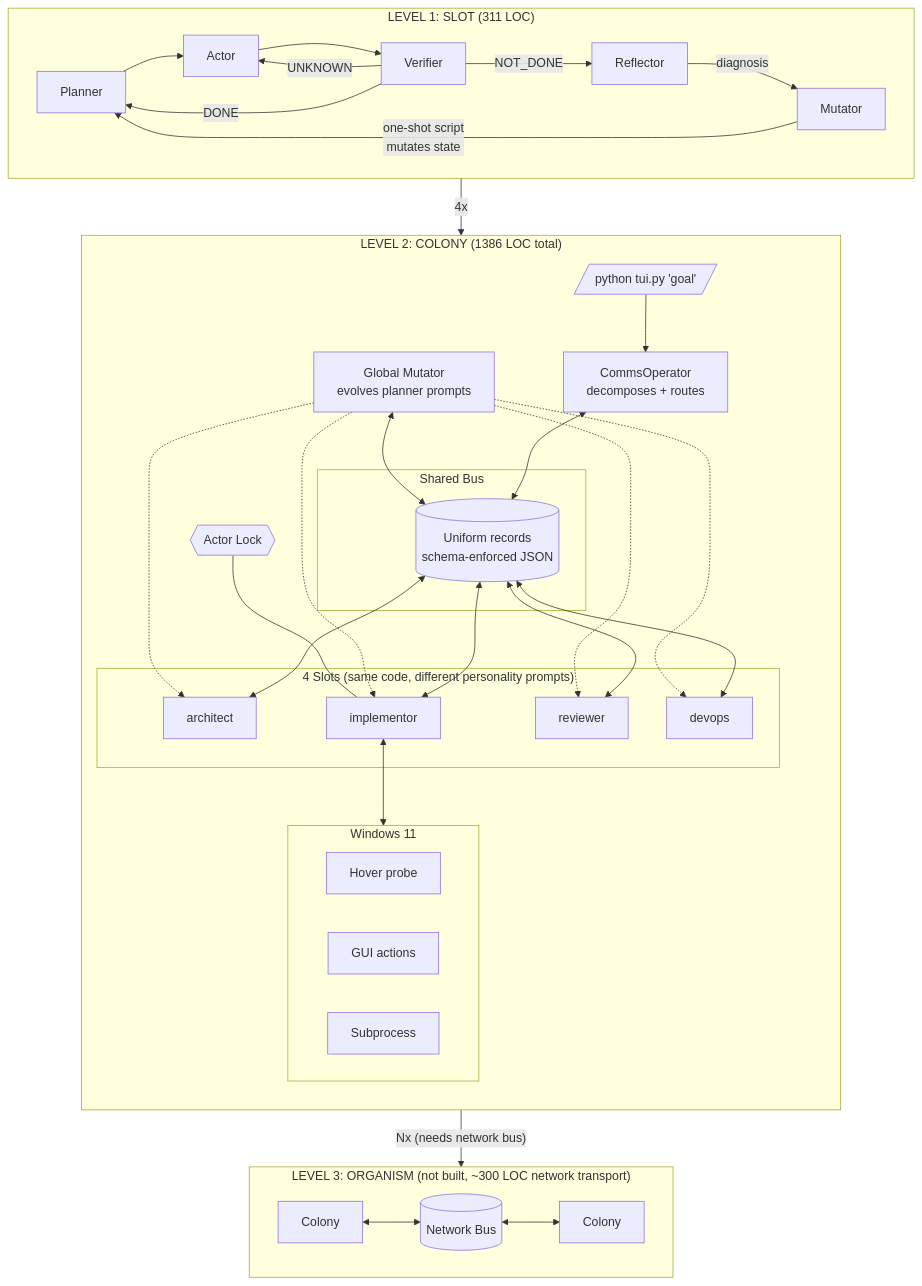
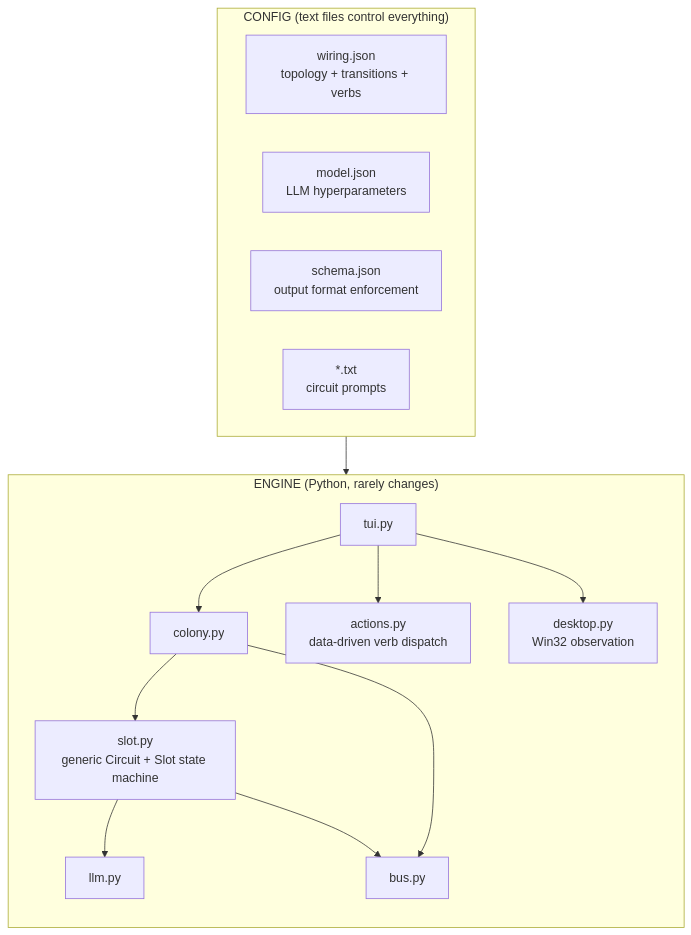
Before and after one commit to wgabrys88/endgame-ai: the first of 2 diagrams in README.md, drawn with Mermaid. The commit also changed other lines of this file and 8 other files, not shown here.

First line of the commit message:
wiring-driven rewrite: all topology in wiring.json, reasoning-as-memory, route dependencies

````diff
--- a/README.md
+++ b/README.md
@@ -7,60 +8,23 @@
 ```mermaid
 flowchart TB
-    subgraph LEVEL1["LEVEL 1: SLOT (311 LOC)"]
+    subgraph CONFIG["CONFIG (text files control everything)"]
         direction LR
-        P1["Planner"] --> A1["Actor"] --> V1["Verifier"]
-        V1 -->|"DONE"| P1
-        V1 -->|"NOT_DONE"| RF["Reflector"]
-        RF -->|"diagnosis"| MU["Mutator"]
-        MU -->|"one-shot script<br/>mutates state"| P1
-        V1 -->|"UNKNOWN"| A1
+        W["wiring.json<br/>topology + transitions + verbs"]
+        M["model.json<br/>LLM hyperparameters"]
+        S["schema.json<br/>output format enforcement"]
+        P["*.txt<br/>circuit prompts"]
     end
 
-    subgraph LEVEL2["LEVEL 2: COLONY (1386 LOC total)"]
+    subgraph ENGINE["ENGINE (Python, rarely changes)"]
         direction TB
-        GOAL[/"python tui.py 'goal'"/] --> COMMS["CommsOperator<br/>decomposes + routes"]
-
-        subgraph BUS_AREA["Shared Bus"]
-            BUS[("Uniform records<br/>schema-enforced JSON")]
-        end
-
-        COMMS <--> BUS
-
-        subgraph SLOTS["4 Slots (same code, different personality prompts)"]
-            S1["architect"]
-            S2["implementor"]
-            S3["reviewer"]
-            S4["devops"]
-        end
-
-        BUS <--> S1
-        BUS <--> S2
-        BUS <--> S3
-        BUS <--> S4
-
-        GM["Global Mutator<br/>evolves planner prompts"]
-        GM <--> BUS
-        GM -.-> S1
-        GM -.-> S2
-        GM -.-> S3
-        GM -.-> S4
-
-        LOCK{{"Actor Lock"}}
-        LOCK --- S2
-
-        subgraph DESKTOP["Windows 11"]
-            OBS["Hover probe"]
-            ACT["GUI actions"]
-            SUB["Subprocess"]
-        end
-
-        S2 <--> DESKTOP
+        TUI["tui.py"] --> COL["colony.py"]
+        COL --> SLOT["slot.py<br/>generic Circuit + Slot state machine"]
+        SLOT --> LLM["llm.py"]
+        SLOT --> BUS["bus.py"]
+        COL --> BUS
+        TUI --> ACT["actions.py<br/>data-driven verb dispatch"]
+        TUI --> DT["desktop.py<br/>Win32 observation"]
     end
 
-    subgraph LEVEL3["LEVEL 3: ORGANISM (not built, ~300 LOC network transport)"]
-        C1["Colony"] <--> NB[("Network Bus")] <--> C2["Colony"]
-    end
-
-    LEVEL1 -->|"4x"| LEVEL2
-    LEVEL2 -->|"Nx (needs network bus)"| LEVEL3
+    CONFIG --> ENGINE
 ```
````
